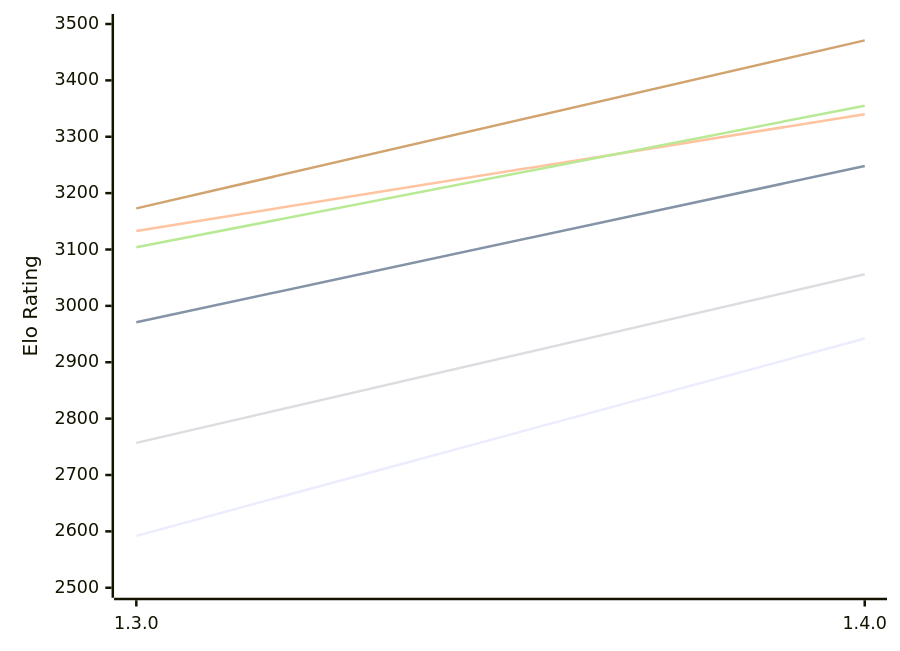
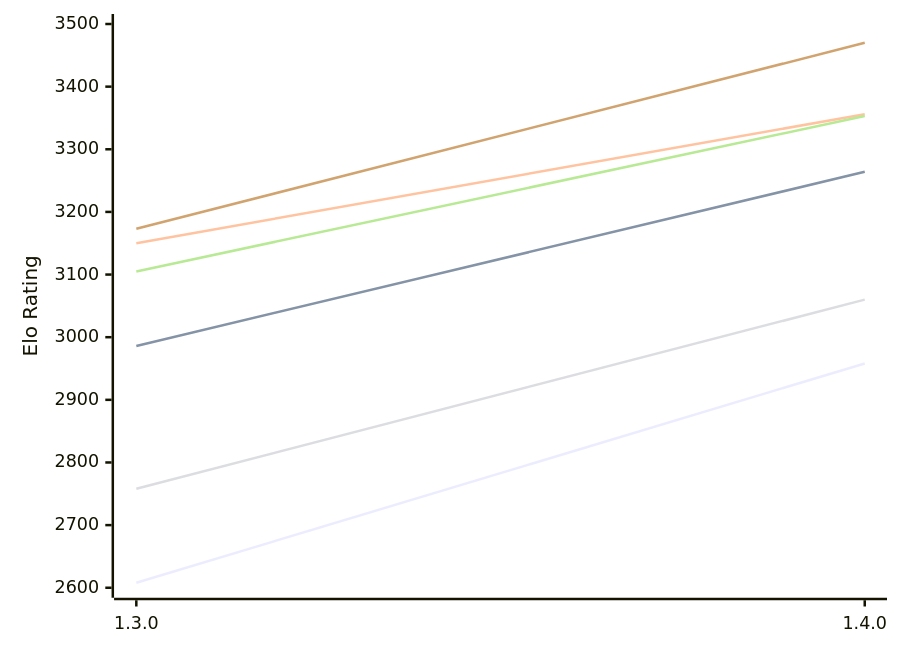
One commit to computer-chess-index/cci changed the first of 2 diagrams in engines/Ember.md. Above: the diagram before and after it, drawn with Mermaid. The commit also changed other lines of this file, not shown here.

Commit message:
Update CCI Ratings (ELO VLTC) - 2026-11-11

````diff
--- a/engines/Ember.md
+++ b/engines/Ember.md
@@ -51,12 +51,12 @@
 ```mermaid
 %%{init: {"theme":"base","themeVariables":{"seriesColors:['#a3a3a3','#222221','#faa371']}}}%%
 xychart-beta
   x-axis ["1.3.0", "1.4.0"]
-  y-axis "Elo Rating" 2500 --> 3500
-  line "E1: STC (8.0+0.08s)" [2592, 2942]
-  line "E1: LTC (60.0+0.60s)" [2971, 3248]
-  line "E1: VLTC (2m24s+1.12s)" [3133, 3340]
-  line "P1: STC (8.0+0.08s)" [2757, 3056]
-  line "P1: LTC (60.0+0.60s)" [3104, 3355]
-  line "P1: VLTC (2m24s+1.12s)" [3173, 3471]
+  y-axis "Elo Rating" 2600 --> 3500
+  line "E1: STC (8.0+0.08s)" [2608, 2958]
+  line "E1: LTC (60.0+0.60s)" [2986, 3264]
+  line "E1: VLTC (2m24s+1.12s)" [3150, 3356]
+  line "P1: STC (8.0+0.08s)" [2758, 3060]
+  line "P1: LTC (60.0+0.60s)" [3105, 3353]
+  line "P1: VLTC (2m24s+1.12s)" [3173, 3470]
 ```
````
